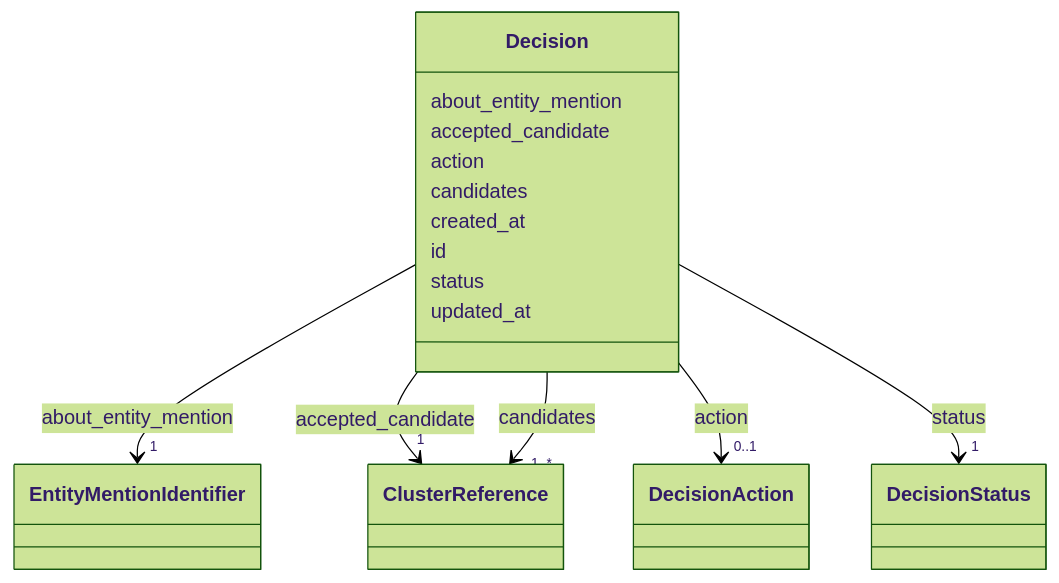
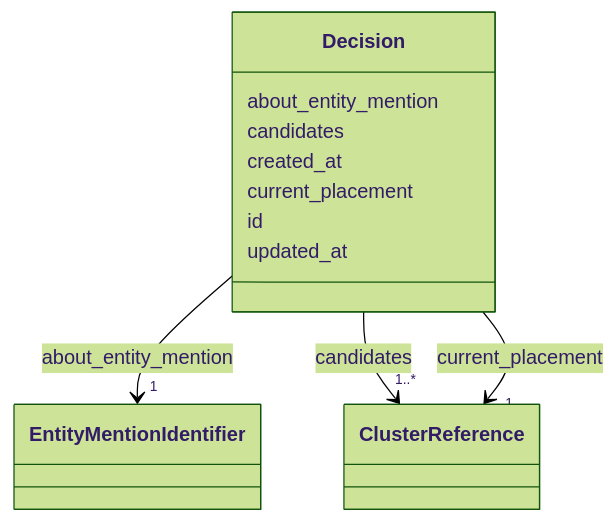
The diagram in docs/schema/Decision.md (OP-TED/entity-resolution-spec), drawn with Mermaid (forest theme) before and after one commit. The commit also changed other lines of this file and 26 other files, not shown here.

First line of the commit message:
refactor: align core schema with architectural diagrams

````diff
--- a/docs/schema/Decision.md
+++ b/docs/schema/Decision.md
@@ -22,67 +22,45 @@
 ```mermaid
  classDiagram
     class Decision
     click Decision href "../Decision/"
       Decision : about_entity_mention
         
           
     
         
         
         Decision --> "1" EntityMentionIdentifier : about_entity_mention
         click EntityMentionIdentifier href "../EntityMentionIdentifier/"
-    
-
-        
-      Decision : accepted_candidate
-        
-          
-    
-        
-        
-        Decision --> "1" ClusterReference : accepted_candidate
-        click ClusterReference href "../ClusterReference/"
-    
-
-        
-      Decision : action
-        
-          
-    
-        
-        
-        Decision --> "0..1" DecisionAction : action
-        click DecisionAction href "../DecisionAction/"
     
 
         
       Decision : candidates
         
           
     
         
         
         Decision --> "1..*" ClusterReference : candidates
         click ClusterReference href "../ClusterReference/"
     
 
         
       Decision : created_at
         
-      Decision : id
-        
-      Decision : status
+      Decision : current_placement
         
           
     
         
         
-        Decision --> "1" DecisionStatus : status
-        click DecisionStatus href "../DecisionStatus/"
+        Decision --> "1" ClusterReference : current_placement
+        click ClusterReference href "../ClusterReference/"
     
 
+        
+      Decision : id
         
       Decision : updated_at
         
       
 ```
````
